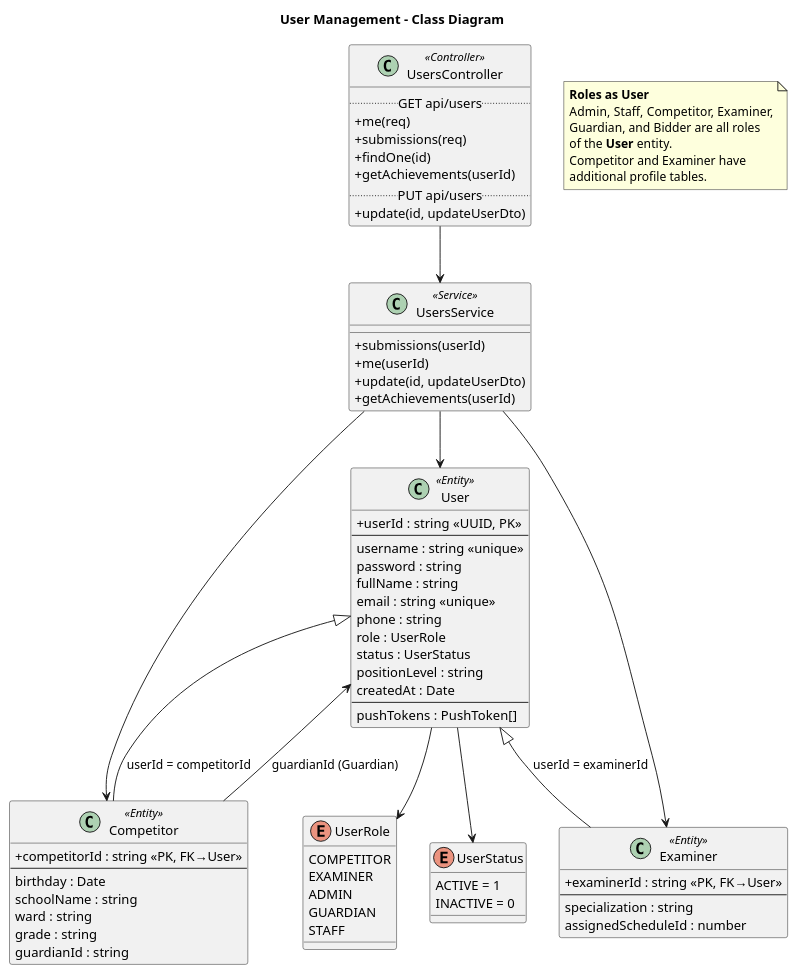
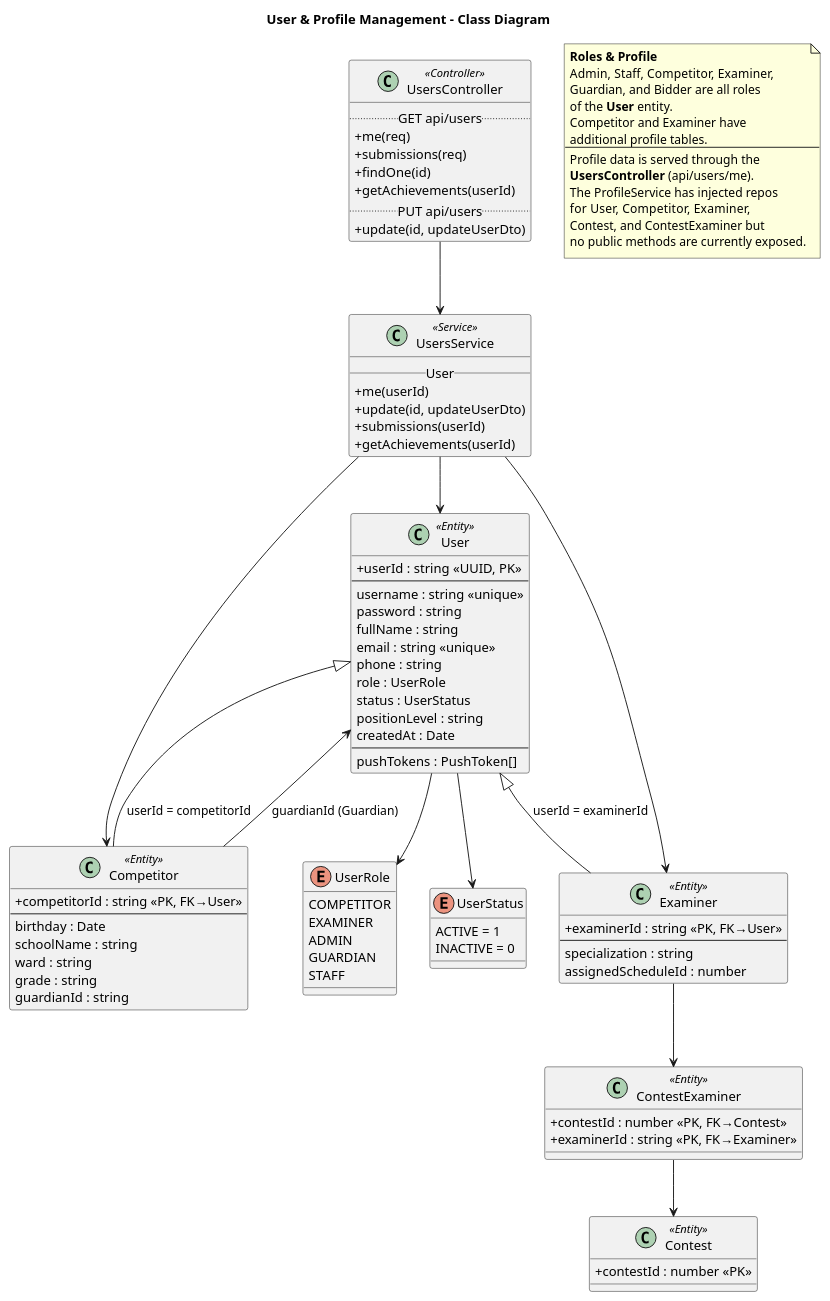
Before and after one commit to viethoang1520/artchain-server: the diagram in documents/user/class-user-management.puml, drawn with PlantUML. The commit also changed 8 other files, not shown here.

```diff
--- a/documents/user/class-user-management.puml
+++ b/documents/user/class-user-management.puml
@@ -1,90 +1,109 @@
-@startuml User Management
+@startuml User & Profile Management
 
 skinparam classAttributeIconSize 0
 
-title User Management - Class Diagram
+title User & Profile Management - Class Diagram
 
 enum UserRole {
   COMPETITOR
   EXAMINER
   ADMIN
   GUARDIAN
   STAFF
 }
 
 enum UserStatus {
   ACTIVE = 1
   INACTIVE = 0
 }
 
 class User <<Entity>> {
   + userId : string <<UUID, PK>>
   --
   username : string <<unique>>
   password : string
   fullName : string
   email : string <<unique>>
   phone : string
   role : UserRole
   status : UserStatus
   positionLevel : string
   createdAt : Date
   --
   pushTokens : PushToken[]
 }
 
 class Competitor <<Entity>> {
   + competitorId : string <<PK, FK→User>>
   --
   birthday : Date
   schoolName : string
   ward : string
   grade : string
   guardianId : string
 }
 
 class Examiner <<Entity>> {
   + examinerId : string <<PK, FK→User>>
   --
   specialization : string
   assignedScheduleId : number
 }
 
+class Contest <<Entity>> {
+  + contestId : number <<PK>>
+}
+
+class ContestExaminer <<Entity>> {
+  + contestId : number <<PK, FK→Contest>>
+  + examinerId : string <<PK, FK→Examiner>>
+}
+
 class UsersService <<Service>> {
-  + submissions(userId)
+  __ User __
   + me(userId)
   + update(id, updateUserDto)
+  + submissions(userId)
   + getAchievements(userId)
 }
 
 class UsersController <<Controller>> {
   .. GET api/users ..
   + me(req)
   + submissions(req)
   + findOne(id)
   + getAchievements(userId)
   .. PUT api/users ..
   + update(id, updateUserDto)
 }
 
 User --> UserRole
 User --> UserStatus
 User <|-- Competitor : "userId = competitorId"
 User <|-- Examiner : "userId = examinerId"
 Competitor --> User : "guardianId (Guardian)"
+Examiner --> ContestExaminer
+ContestExaminer --> Contest
 
 UsersController --> UsersService
 UsersService --> User
 UsersService --> Competitor
 UsersService --> Examiner
 
 note as N1
-  <b>Roles as User</b>
+  <b>Roles & Profile</b>
   Admin, Staff, Competitor, Examiner,
   Guardian, and Bidder are all roles
   of the <b>User</b> entity.
   Competitor and Examiner have
   additional profile tables.
+  --
+  Profile data is served through the
+  <b>UsersController</b> (api/users/me).
+  The ProfileService has injected repos
+  for User, Competitor, Examiner,
+  Contest, and ContestExaminer but
+  no public methods are currently exposed.
 end note
 
 @enduml
```
